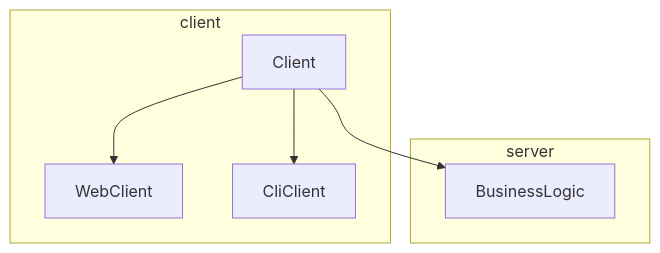
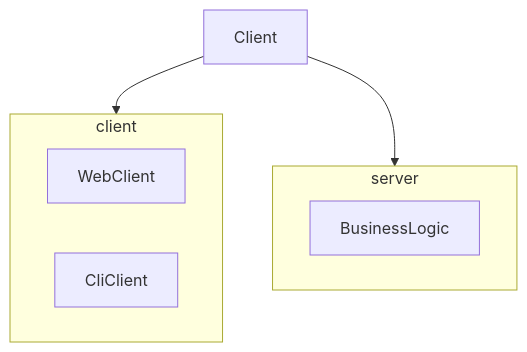
The diagram in Client/readme.md (jaokim/inside-java-dumpster), drawn with Mermaid before and after one commit.

````diff
--- a/Client/readme.md
+++ b/Client/readme.md
@@ -6,12 +6,14 @@
 ```mermaid
 flowchart TD
+  Client --> client
+  Client --> server
   subgraph client
-    Client --> WebClient
-    Client --> CliClient
+    WebClient
+    CliClient
   end
   subgraph server
-    Client --> BusinessLogic 
+    BusinessLogic 
   end
   click WebClient "https://github.com/jaokim/inside-java-dumpster/tree/main/WebClient"
   click CliClient "https://github.com/jaokim/inside-java-dumpster/tree/main/CliClient"
 ```
````
